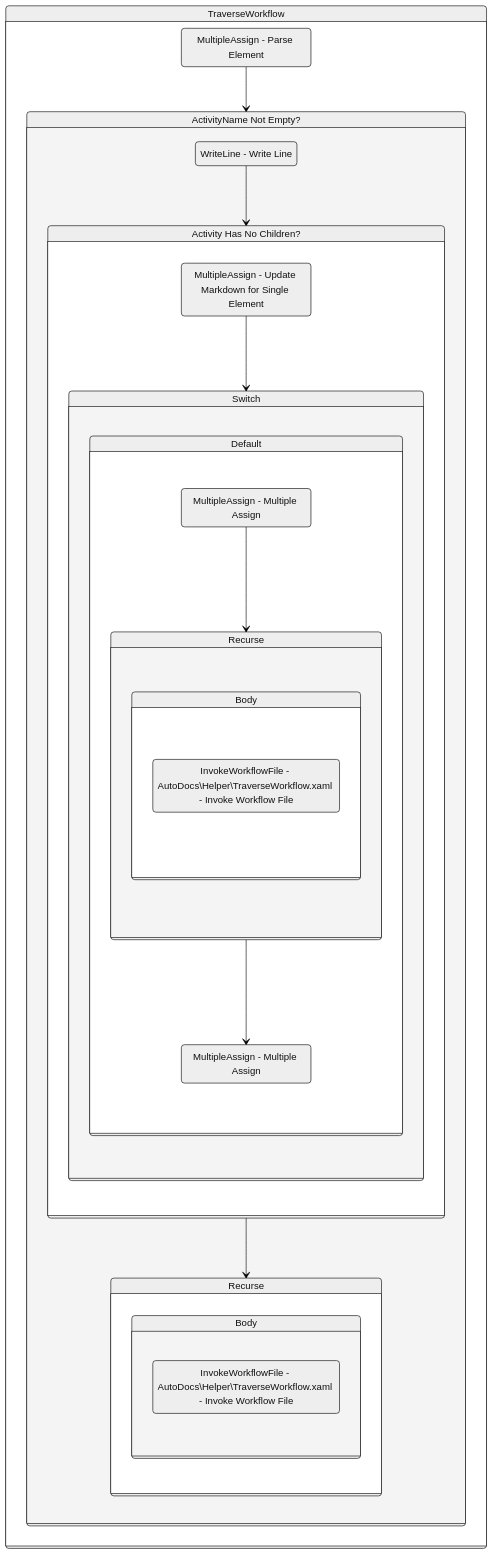
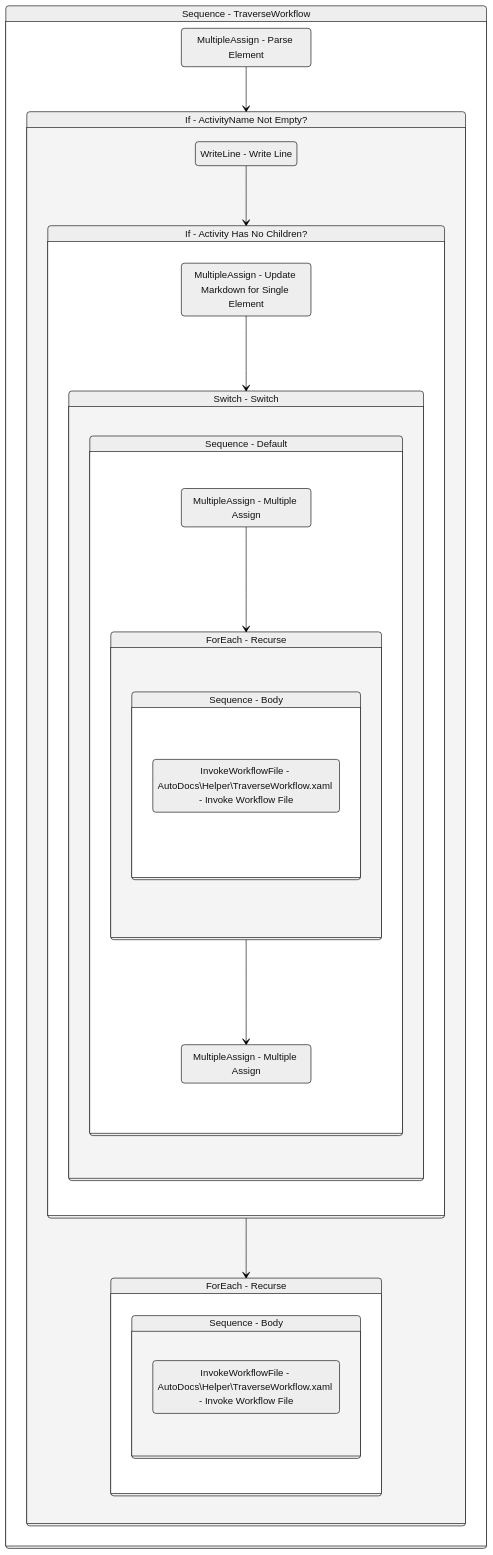
The diagram in Documentation/AutoDocs/Helper/TraverseWorkflow.md (yashbrahmbhatt/LazyFramework), drawn with Mermaid (neutral theme) before and after one commit. The commit also changed 78 other files, not shown here.

````diff
--- a/Documentation/AutoDocs/Helper/TraverseWorkflow.md
+++ b/Documentation/AutoDocs/Helper/TraverseWorkflow.md
@@ -134,57 +134,57 @@
 ```mermaid
 stateDiagram-v2
 
 
-Sequence_1: TraverseWorkflow
+Sequence_1: Sequence - TraverseWorkflow
 state Sequence_1 {
 direction TB
 MultipleAssign_1 : MultipleAssign - Parse Element
 MultipleAssign_1 --> If_1
-If_1: ActivityName Not Empty?
+If_1: If - ActivityName Not Empty?
 state If_1 {
 direction TB
 WriteLine_2 : WriteLine - Write Line
 WriteLine_2 --> If_2
-If_2: Activity Has No Children?
+If_2: If - Activity Has No Children?
 state If_2 {
 direction TB
 MultipleAssign_2 : MultipleAssign - Update Markdown for Single Element
 MultipleAssign_2 --> Switch1_1
-Switch1_1: Switch
+Switch1_1: Switch - Switch
 state Switch1_1 {
 direction TB
 
-Sequence_6: Default
+Sequence_6: Sequence - Default
 state Sequence_6 {
 direction TB
 MultipleAssign_4 : MultipleAssign - Multiple Assign
 MultipleAssign_4 --> ForEach1_3
-ForEach1_3: Recurse
+ForEach1_3: ForEach - Recurse
 state ForEach1_3 {
 direction TB
 
-Sequence_7: Body
+Sequence_7: Sequence - Body
 state Sequence_7 {
 direction TB
 InvokeWorkflowFile_2 : InvokeWorkflowFile - AutoDocs\\Helper\\TraverseWorkflow.xaml - Invoke Workflow File
 }
 }
 MultipleAssign_5 : MultipleAssign - Multiple Assign
 ForEach1_3 --> MultipleAssign_5
 }
 }
 }
 If_2 --> ForEach1_1
-ForEach1_1: Recurse
+ForEach1_1: ForEach - Recurse
 state ForEach1_1 {
 direction TB
 
-Sequence_2: Body
+Sequence_2: Sequence - Body
 state Sequence_2 {
 direction TB
 InvokeWorkflowFile_1 : InvokeWorkflowFile - AutoDocs\\Helper\\TraverseWorkflow.xaml - Invoke Workflow File
 }
 }
 }
 }
 ```
````
